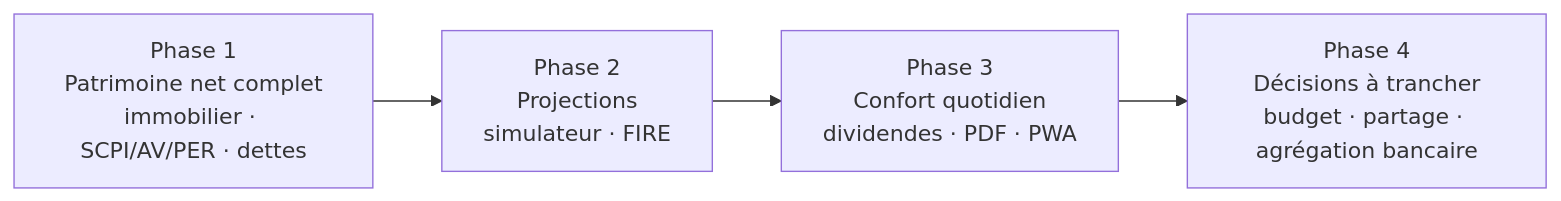
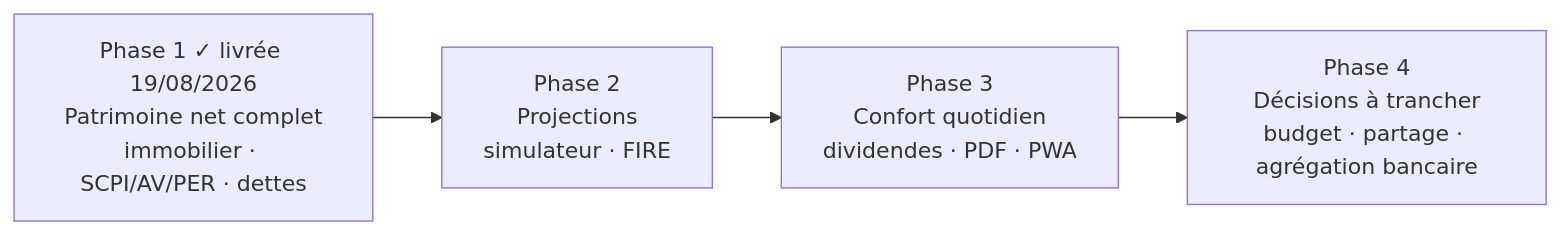
One commit to Nello10110/application-patrimoine changed the diagram in docs/ROADMAP.md. Above: the diagram before and after it, drawn with Mermaid. The commit also changed other lines of this file and 38 other files, not shown here.

First line of the commit message:
feat(patrimoine): immobilier, epargne, dettes et patrimoine net (roadmap Phase 1)

````diff
--- a/docs/ROADMAP.md
+++ b/docs/ROADMAP.md
@@ -27,8 +27,8 @@
 ```mermaid
 flowchart LR
-    P1["Phase 1\nPatrimoine net complet\nimmobilier · SCPI/AV/PER · dettes"]
+    P1["Phase 1 ✓ livrée 19/08/2026\nPatrimoine net complet\nimmobilier · SCPI/AV/PER · dettes"]
     P2["Phase 2\nProjections\nsimulateur · FIRE"]
     P3["Phase 3\nConfort quotidien\ndividendes · PDF · PWA"]
     P4["Phase 4\nDécisions à trancher\nbudget · partage · agrégation bancaire"]
     P1 --> P2 --> P3 --> P4
 ```
````
